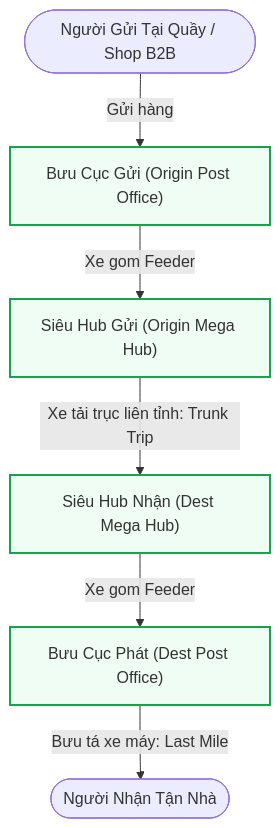
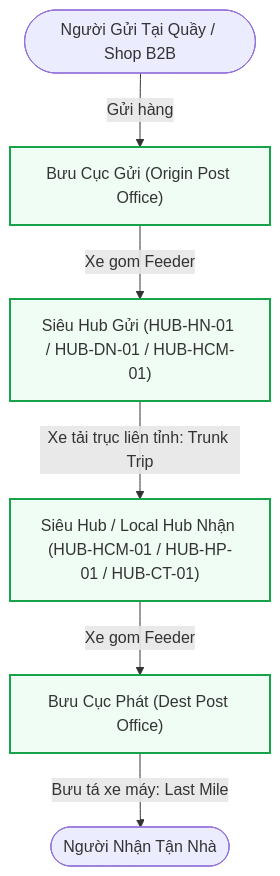
Before and after one commit to Khanhnv26/Mini-Waybill-Platform---VNPT-Cloud: the first of 2 diagrams in docs/04-logistics-domain-and-rbac-station-context.md, drawn with Mermaid. The commit also changed other lines of this file and 12 other files, not shown here.

````diff
--- a/docs/04-logistics-domain-and-rbac-station-context.md
+++ b/docs/04-logistics-domain-and-rbac-station-context.md
@@ -11,11 +13,11 @@
 ```mermaid
 flowchart TD
     Sender([Người Gửi Tại Quầy / Shop B2B]) -->|"Gửi hàng"| OriginPO["Bưu Cục Gửi (Origin Post Office)"]
-    OriginPO -->|"Xe gom Feeder"| OriginHub["Siêu Hub Gửi (Origin Mega Hub)"]
-    OriginHub -->|"Xe tải trục liên tỉnh: Trunk Trip"| DestHub["Siêu Hub Nhận (Dest Mega Hub)"]
+    OriginPO -->|"Xe gom Feeder"| OriginHub["Siêu Hub Gửi (HUB-HN-01 / HUB-DN-01 / HUB-HCM-01)"]
+    OriginHub -->|"Xe tải trục liên tỉnh: Trunk Trip"| DestHub["Siêu Hub / Local Hub Nhận (HUB-HCM-01 / HUB-HP-01 / HUB-CT-01)"]
     DestHub -->|"Xe gom Feeder"| DestPO["Bưu Cục Phát (Dest Post Office)"]
     DestPO -->|"Bưu tá xe máy: Last Mile"| Receiver([Người Nhận Tận Nhà])
 
     classDef station fill:#f0fdf4,stroke:#16a34a,stroke-width:2px;
     class OriginPO,OriginHub,DestHub,DestPO station;
 ```
````
